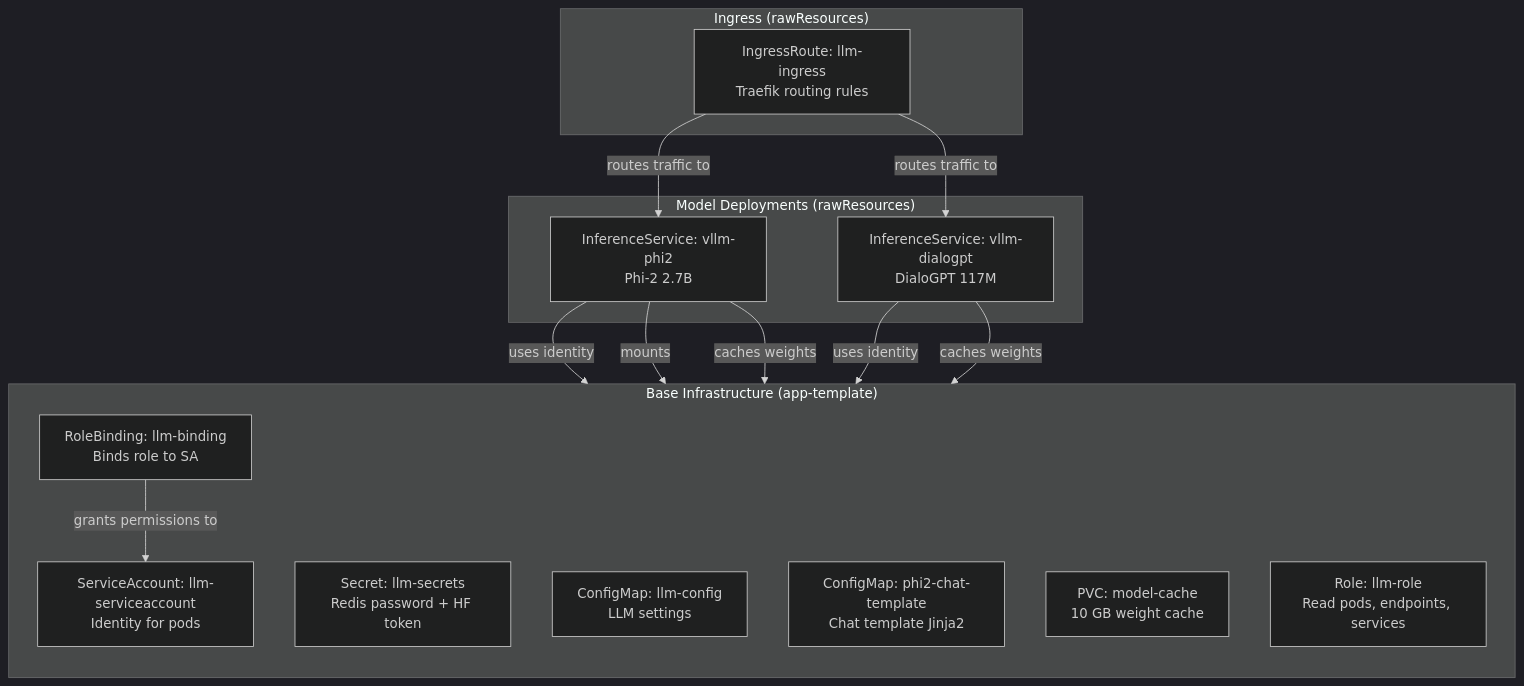
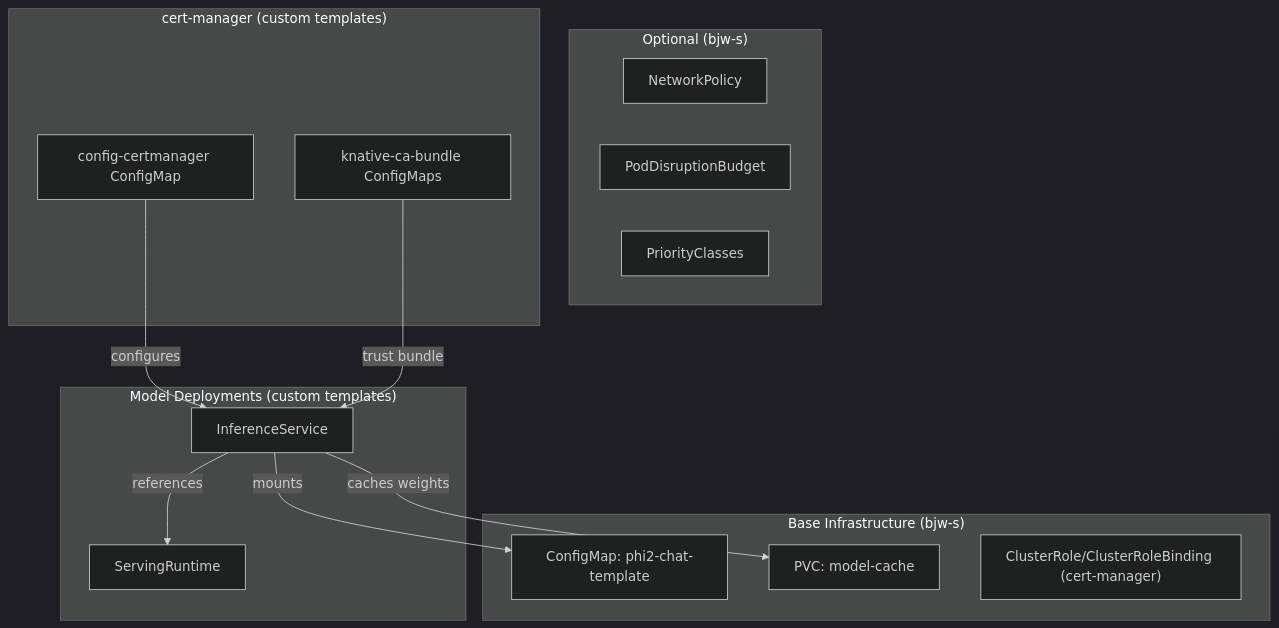
The second of 5 diagrams in docs/concepts.md (Dericko681/local-model-deployment), drawn with Mermaid (dark theme) before and after one commit. The commit also changed other lines of this file and 7 other files, not shown here.

````diff
--- a/docs/concepts.md
+++ b/docs/concepts.md
@@ -83,31 +72,30 @@
 ```mermaid
 flowchart TB
-    subgraph Base["Base Infrastructure (app-template)"]
-        direction TB
-        SA["ServiceAccount: llm-serviceaccount<br/>Identity for pods"]
-        S["Secret: llm-secrets<br/>Redis password + HF token"]
-        C1["ConfigMap: llm-config<br/>LLM settings"]
-        C2["ConfigMap: phi2-chat-template<br/>Chat template Jinja2"]
-        PVC["PVC: model-cache<br/>10 GB weight cache"]
-        R["Role: llm-role<br/>Read pods, endpoints, services"]
-        RB["RoleBinding: llm-binding<br/>Binds role to SA"]
+    subgraph Base["Base Infrastructure (bjw-s)"]
+        CM["ConfigMap: phi2-chat-template"]
+        PVC["PVC: model-cache"]
+        RBAC["ClusterRole/ClusterRoleBinding (cert-manager)"]
     end
 
-    subgraph Models["Model Deployments (rawResources)"]
-        IS1["InferenceService: vllm-phi2<br/>Phi-2 2.7B"]
-        IS2["InferenceService: vllm-dialogpt<br/>DialoGPT 117M"]
+    subgraph Optional["Optional (bjw-s)"]
+        NP["NetworkPolicy"]
+        PDB["PodDisruptionBudget"]
+        PC["PriorityClasses"]
     end
 
-    subgraph Ingress["Ingress (rawResources)"]
-        IR["IngressRoute: llm-ingress<br/>Traefik routing rules"]
+    subgraph Cert["cert-manager (custom templates)"]
+        CC["config-certmanager ConfigMap"]
+        TB["knative-ca-bundle ConfigMaps"]
     end
 
-    RB -->|"grants permissions to"| SA
-    IS1 -->|"uses identity"| SA
-    IS1 -->|"mounts"| C2
-    IS2 -->|"uses identity"| SA
-    IS1 -->|"caches weights"| PVC
-    IS2 -->|"caches weights"| PVC
-    IR -->|"routes traffic to"| IS1
-    IR -->|"routes traffic to"| IS2
+    subgraph Models["Model Deployments (custom templates)"]
+        SR["ServingRuntime"]
+        IS["InferenceService"]
+    end
+
+    IS -->|"references"| SR
+    IS -->|"mounts"| CM
+    IS -->|"caches weights"| PVC
+    CC -->|"configures"| IS
+    TB -->|"trust bundle"| IS
 ```
````
